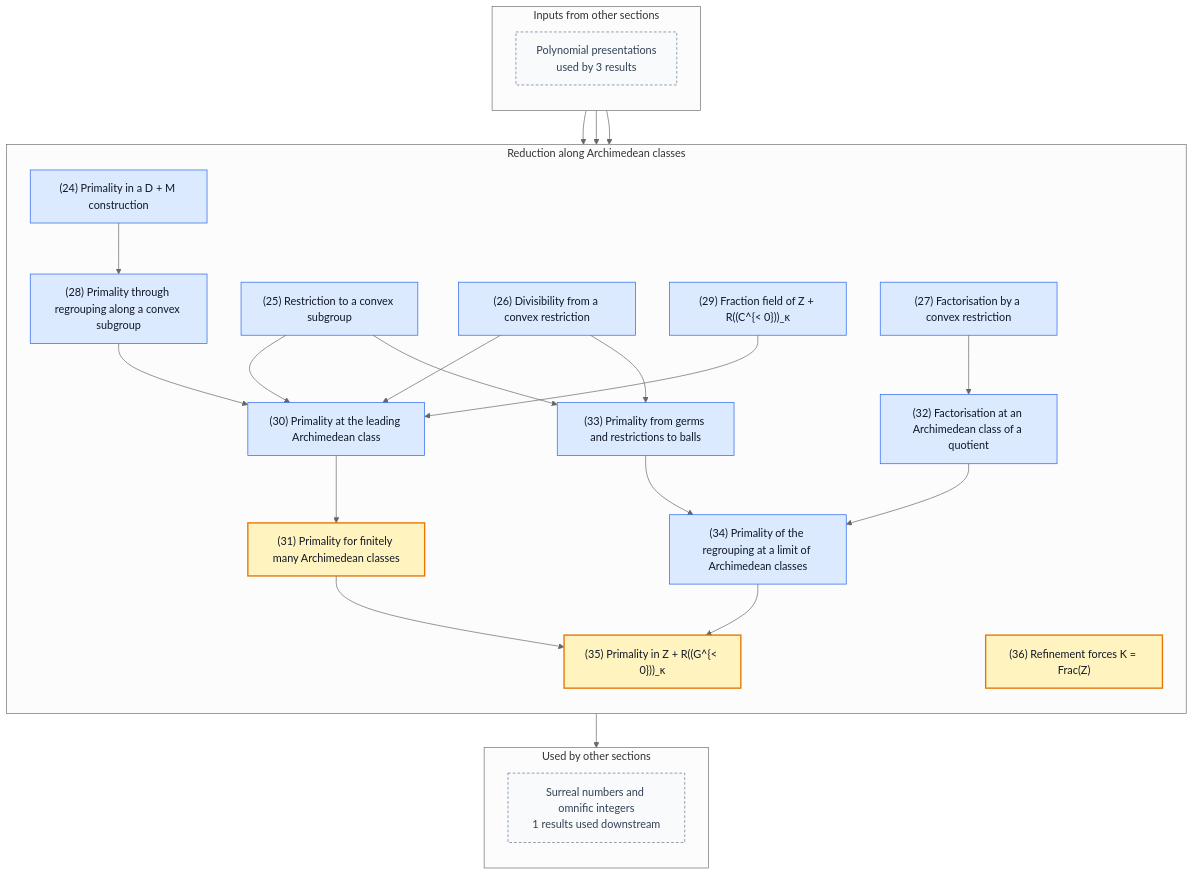
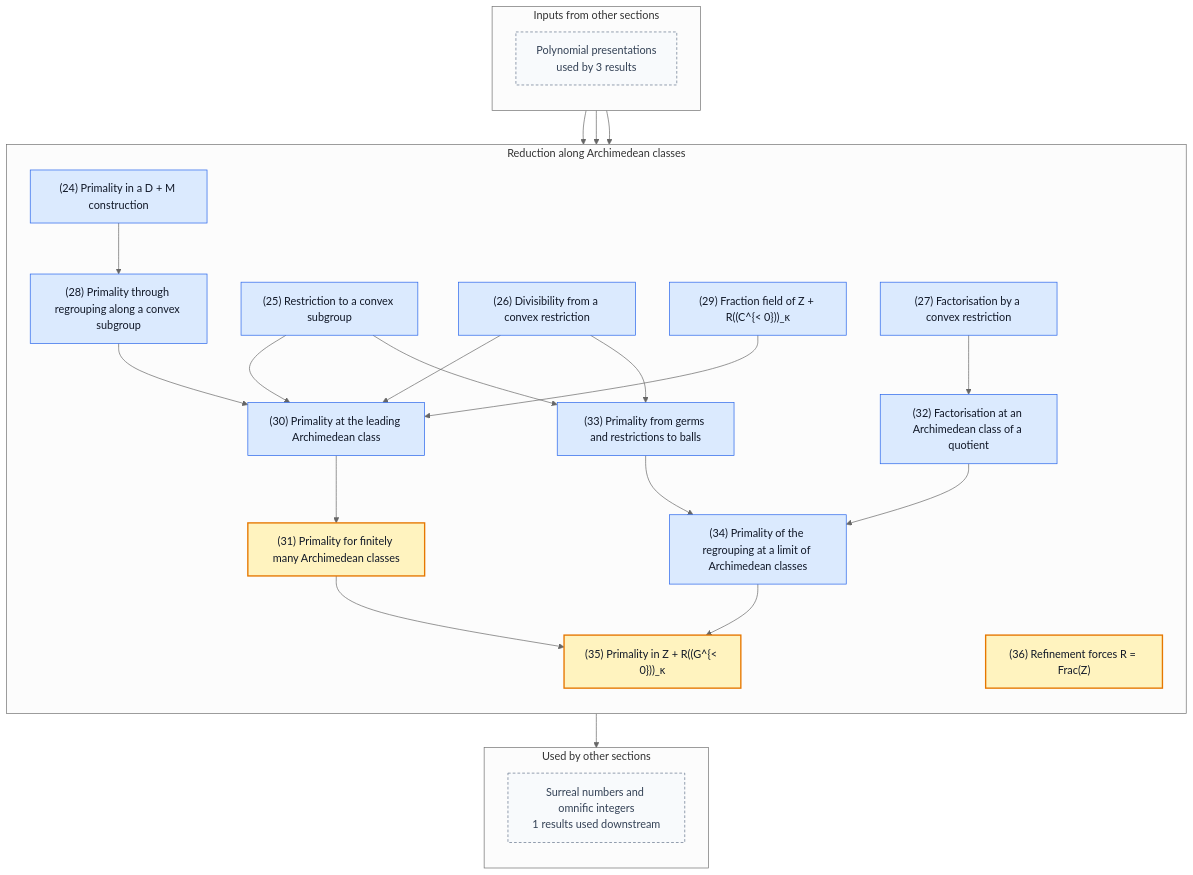
One commit to gaearon/conway-refinement changed the fourth of 5 diagrams in README.md. Above: the diagram before and after it, drawn with Mermaid (neutral theme). The commit also changed other lines of this file and 3 other files, not shown here.

````diff
--- a/README.md
+++ b/README.md
@@ -335,69 +335,69 @@
 ```mermaid
 %% Generated by scripts/blueprint.sh; do not edit.
 %% Other sections are compressed to boundary nodes.
 %% Solid arrows are proof dependencies; dashed arrows are statement dependencies.
 flowchart TB
   subgraph inputs["Inputs from other sections"]
     direction TB
     in0["Polynomial presentations<br/>used by 3 results"]:::boundary
   end
   subgraph current["Reduction along Archimedean classes"]
     direction TB
     n024["(24) Primality in a D + M construction"]:::lemma
     n025["(25) Restriction to a convex subgroup"]:::lemma
     n026["(26) Divisibility from a convex restriction"]:::lemma
     n027["(27) Factorisation by a convex restriction"]:::lemma
     n028["(28) Primality through regrouping along a convex subgroup"]:::lemma
     n029["(29) Fraction field of Z + R((C^{&lt; 0}))_κ"]:::lemma
     n030["(30) Primality at the leading Archimedean class"]:::lemma
     n031["(31) Primality for finitely many Archimedean classes"]:::theorem
     n032["(32) Factorisation at an Archimedean class of a quotient"]:::lemma
     n033["(33) Primality from germs and restrictions to balls"]:::lemma
     n034["(34) Primality of the regrouping at a limit of Archimedean classes"]:::lemma
     n035["(35) Primality in Z + R((G^{&lt; 0}))_κ"]:::theorem
-    n036["(36) Refinement forces K = Frac(Z)"]:::theorem
+    n036["(36) Refinement forces R = Frac(Z)"]:::theorem
   end
   subgraph outputs["Used by other sections"]
     direction TB
     out0["Surreal numbers and omnific integers<br/>1 results used downstream"]:::boundary
   end
 
   n024 --> n028
   n025 --> n030
   n026 --> n030
   n028 --> n030
   n029 --> n030
   n030 --> n031
   n027 --> n032
   n025 --> n033
   n026 --> n033
   n032 --> n034
   n033 --> n034
   n031 --> n035
   n034 --> n035
   in0 --> n030
   in0 --> n033
   in0 --> n036
   n035 --> out0
   click n024 "https://gaearon.github.io/conway-refinement/#/result/primality-in-d-plus-m" "Open the statement for lemma 24"
   click n025 "https://gaearon.github.io/conway-refinement/#/result/convex-restriction-ring-hom" "Open the statement for lemma 25"
   click n026 "https://gaearon.github.io/conway-refinement/#/result/divisibility-from-convex-restriction" "Open the statement for lemma 26"
   click n027 "https://gaearon.github.io/conway-refinement/#/result/factorisation-by-convex-restriction" "Open the statement for lemma 27"
   click n028 "https://gaearon.github.io/conway-refinement/#/result/primality-through-regrouping" "Open the statement for lemma 28"
   click n029 "https://gaearon.github.io/conway-refinement/#/result/fraction-field-from-cofinality" "Open the statement for lemma 29"
   click n030 "https://gaearon.github.io/conway-refinement/#/result/primality-at-leading-class" "Open the statement for lemma 30"
   click n031 "https://gaearon.github.io/conway-refinement/#/result/finite-support-classes-primality" "Open the statement for theorem 31"
   click n032 "https://gaearon.github.io/conway-refinement/#/result/support-class-factorisation" "Open the statement for lemma 32"
   click n033 "https://gaearon.github.io/conway-refinement/#/result/primality-from-germs" "Open the statement for lemma 33"
   click n034 "https://gaearon.github.io/conway-refinement/#/result/regrouped-primality-at-limit" "Open the statement for lemma 34"
   click n035 "https://gaearon.github.io/conway-refinement/#/result/hahn-integer-part-primality" "Open the statement for theorem 35"
   click n036 "https://gaearon.github.io/conway-refinement/#/result/refinement-forces-coefficient-fraction-field" "Open the statement for theorem 36"
 
   classDef theorem fill:#fff3bf,stroke:#e67700,stroke-width:2px,color:#111827
   classDef definition fill:#f3f4f6,stroke:#4b5563,color:#111827
   classDef lemma fill:#dbeafe,stroke:#2563eb,color:#111827
   classDef proposition fill:#ede9fe,stroke:#7c3aed,color:#111827
   classDef corollary fill:#dcfce7,stroke:#16a34a,color:#111827
   classDef fact fill:#fce7f3,stroke:#db2777,color:#111827
   classDef boundary fill:#f8fafc,stroke:#64748b,stroke-dasharray:4 3,color:#334155
 ```
````
